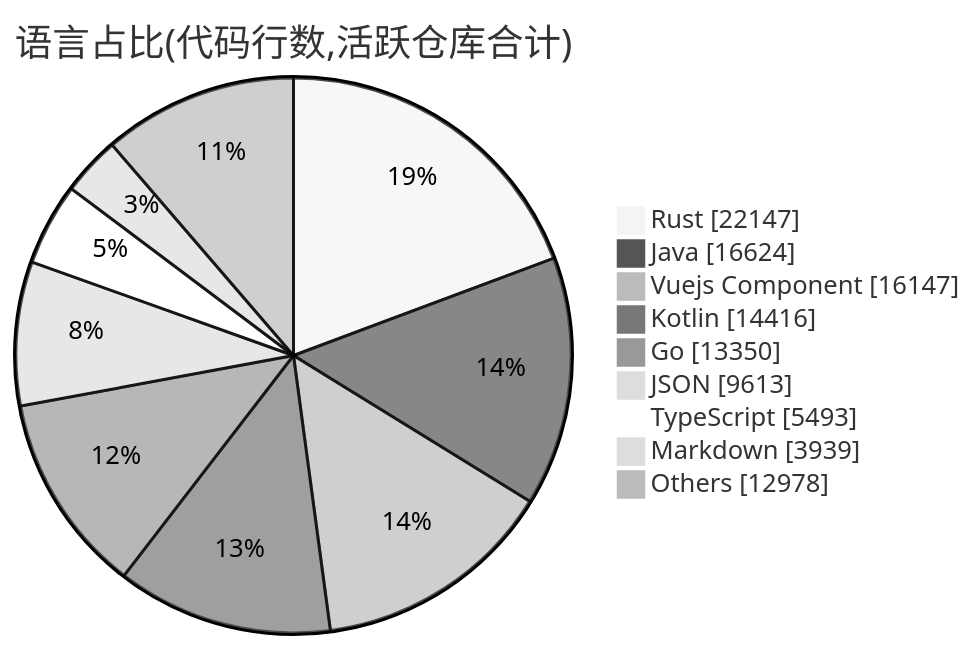
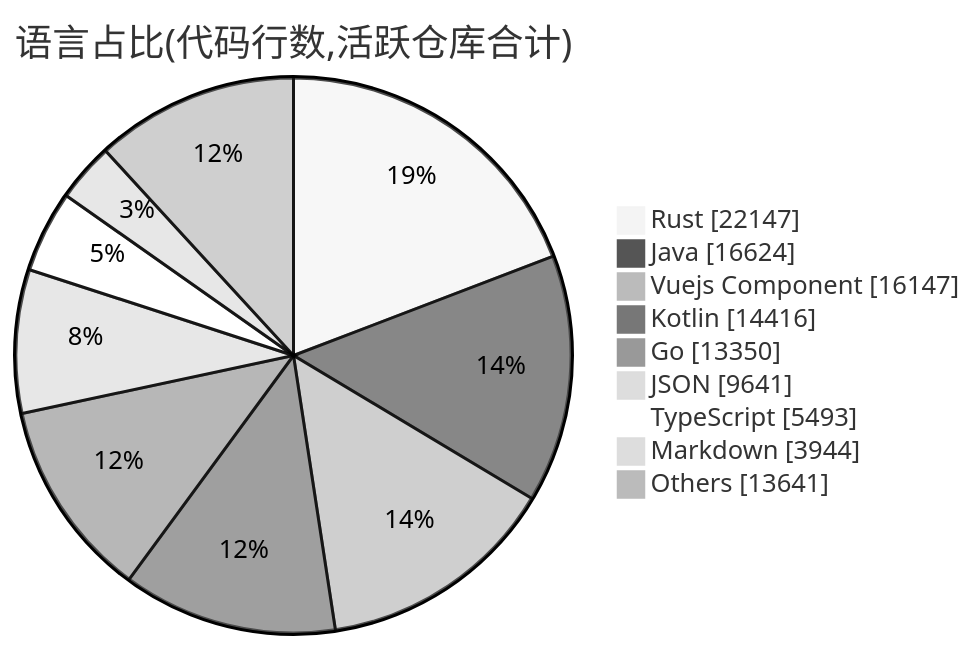
Before and after one commit to Conflux-Union/.github: the second of 2 diagrams in profile/README.md, drawn with Mermaid (neutral theme). The commit also changed other lines of this file and 1 other file, not shown here.

````diff
--- a/profile/README.md
+++ b/profile/README.md
@@ -76,13 +76,13 @@
 ```mermaid
 pie showData
     title 语言占比(代码行数,活跃仓库合计)
     "Rust" : 22147
     "Java" : 16624
     "Vuejs Component" : 16147
     "Kotlin" : 14416
     "Go" : 13350
-    "JSON" : 9613
+    "JSON" : 9641
     "TypeScript" : 5493
-    "Markdown" : 3939
-    "Others" : 12978
+    "Markdown" : 3944
+    "Others" : 13641
 ```
````
